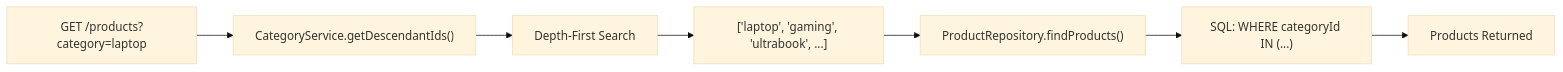
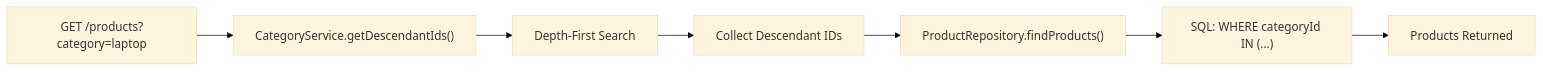
One commit to iamzehan/RacoAI_Backend_Assessment changed the third of 5 diagrams in README.md. Above: the diagram before and after it, drawn with Mermaid (base theme). The commit also changed other lines of this file, not shown here.

````diff
--- a/README.md
+++ b/README.md
@@ -221,11 +167,10 @@
-```mermaid
+``` mermaid
 flowchart LR
-
 A["GET /products?category=laptop"]
-    --> B["CategoryService.getDescendantIds()"]
-    --> C["Depth-First Search"]
-    --> D["['laptop', 'gaming', 'ultrabook', ...]"]
-    --> E["ProductRepository.findProducts()"]
-    --> F["SQL: WHERE categoryId IN (...)"]
-    --> G["Products Returned"]
+--> B["CategoryService.getDescendantIds()"]
+--> C["Depth-First Search"]
+--> D["Collect Descendant IDs"]
+--> E["ProductRepository.findProducts()"]
+--> F["SQL: WHERE categoryId IN (...)"]
+--> G["Products Returned"]
 ```
````
